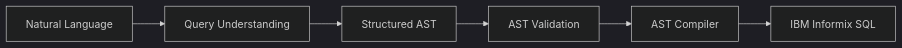
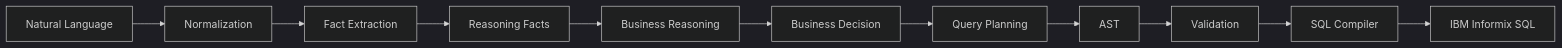
One commit to SalahAbouElGhar/DataNex-AI changed the diagram in README.md. Above: the diagram before and after it, drawn with Mermaid (dark theme). The commit also changed other lines of this file and 25 other files, not shown here.

Commit message:
Establish business reasoning and deterministic query pipeline

````diff
--- a/README.md
+++ b/README.md
@@ -145,18 +230,33 @@
 ```mermaid
 flowchart LR
 
     A[Natural Language]
-        --> B[Query Understanding]
+        --> B[Normalization]
 
     B
-        --> C[Structured AST]
+        --> C[Fact Extraction]
 
     C
-        --> D[AST Validation]
+        --> D[Reasoning Facts]
 
     D
-        --> E[AST Compiler]
+        --> E[Business Reasoning]
 
     E
-        --> F[IBM Informix SQL]
+        --> F[Business Decision]
+
+    F
+        --> G[Query Planning]
+
+    G
+        --> H[AST]
+
+    H
+        --> I[Validation]
+
+    I
+        --> J[SQL Compiler]
+
+    J
+        --> K[IBM Informix SQL]
 ```
````
